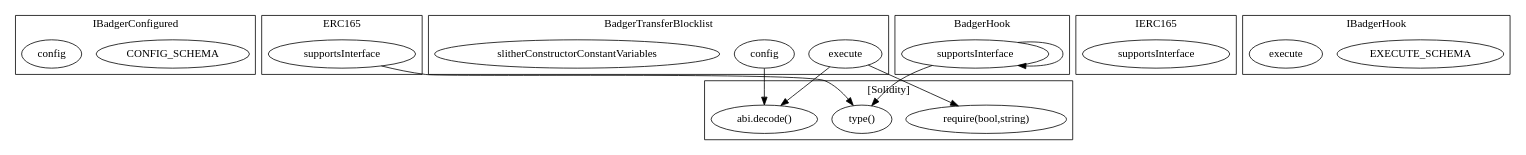
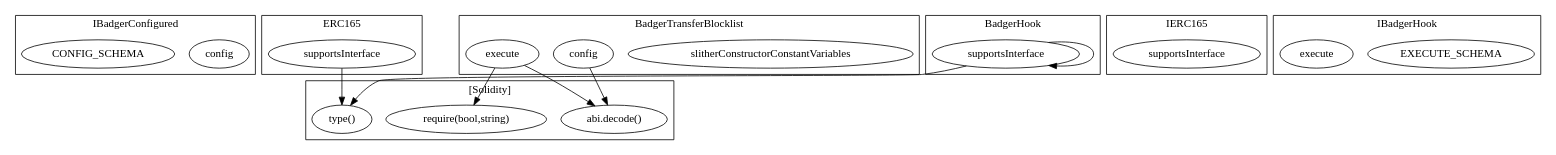
One commit to FlipsideCrypto/badger changed the diagram in contracts/build/...BadgerTransferBlocklist.call-graph.dot. Above: the diagram before and after it, drawn with Graphviz. The commit also changed other lines of this file and 21 other files, not shown here.

```diff
--- a/contracts/build/...BadgerTransferBlocklist.call-graph.dot
+++ b/contracts/build/...BadgerTransferBlocklist.call-graph.dot
@@ -1,36 +1,36 @@
 strict digraph {
 subgraph cluster_6468_IBadgerConfigured {
 label = "IBadgerConfigured"
+"6468_config" [label="config"]
 "6468_CONFIG_SCHEMA" [label="CONFIG_SCHEMA"]
-"6468_config" [label="config"]
 }subgraph cluster_3081_ERC165 {
 label = "ERC165"
 "3081_supportsInterface" [label="supportsInterface"]
 }subgraph cluster_6068_BadgerTransferBlocklist {
 label = "BadgerTransferBlocklist"
+"6068_slitherConstructorConstantVariables" [label="slitherConstructorConstantVariables"]
+"6068_config" [label="config"]
 "6068_execute" [label="execute"]
-"6068_config" [label="config"]
-"6068_slitherConstructorConstantVariables" [label="slitherConstructorConstantVariables"]
 }subgraph cluster_3093_IERC165 {
 label = "IERC165"
 "3093_supportsInterface" [label="supportsInterface"]
 }subgraph cluster_6488_IBadgerHook {
 label = "IBadgerHook"
 "6488_EXECUTE_SCHEMA" [label="EXECUTE_SCHEMA"]
 "6488_execute" [label="execute"]
 }subgraph cluster_4956_BadgerHook {
 label = "BadgerHook"
 "4956_supportsInterface" [label="supportsInterface"]
 "4956_supportsInterface" -> "4956_supportsInterface"
 }subgraph cluster_solidity {
 label = "[Solidity]"
+"require(bool,string)" 
 "abi.decode()" 
-"require(bool,string)" 
 "type()" 
+"6068_config" -> "abi.decode()"
 "4956_supportsInterface" -> "type()"
-"6068_config" -> "abi.decode()"
-"6068_execute" -> "abi.decode()"
 "3081_supportsInterface" -> "type()"
 "6068_execute" -> "require(bool,string)"
+"6068_execute" -> "abi.decode()"
 }
 }
```
